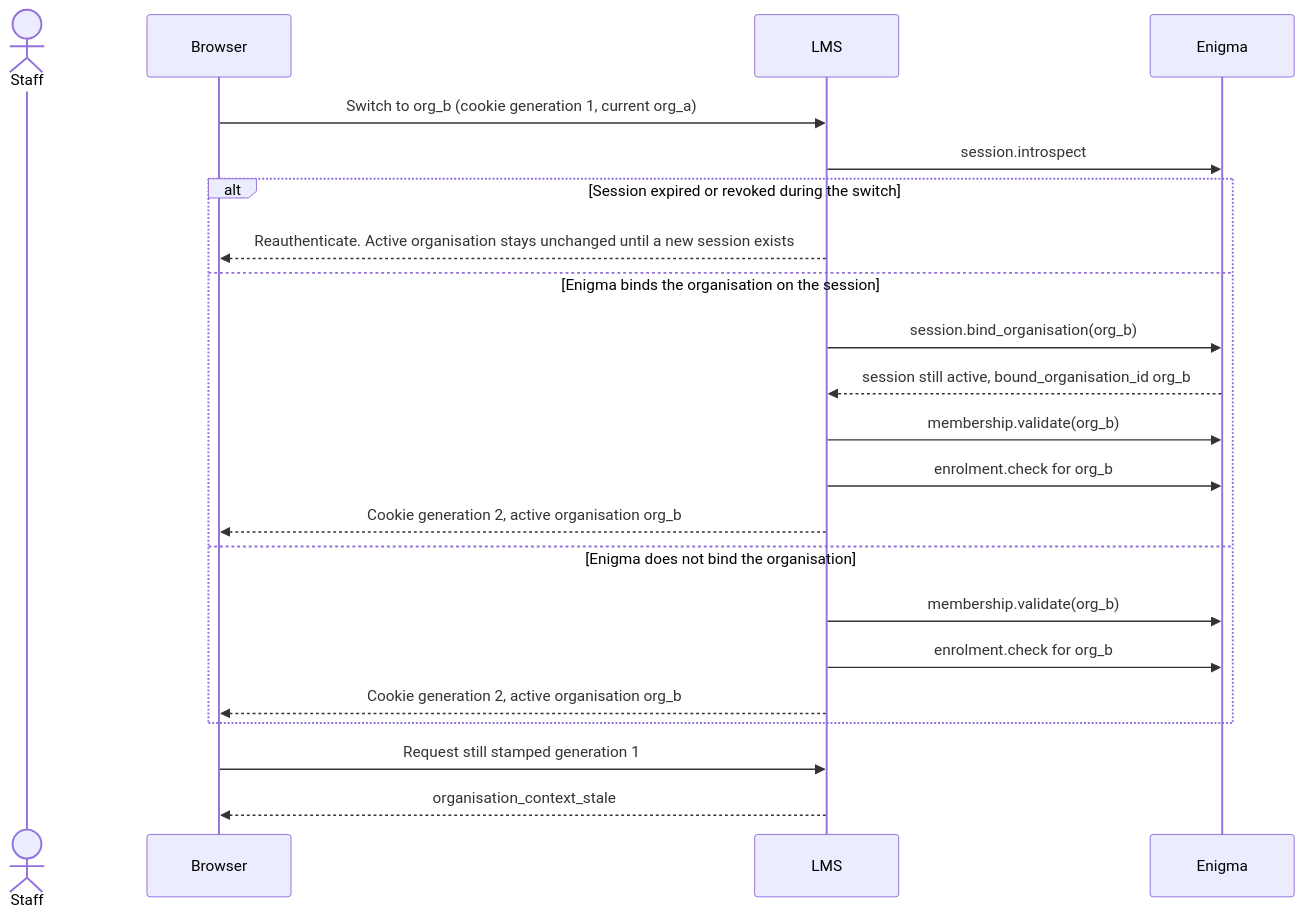
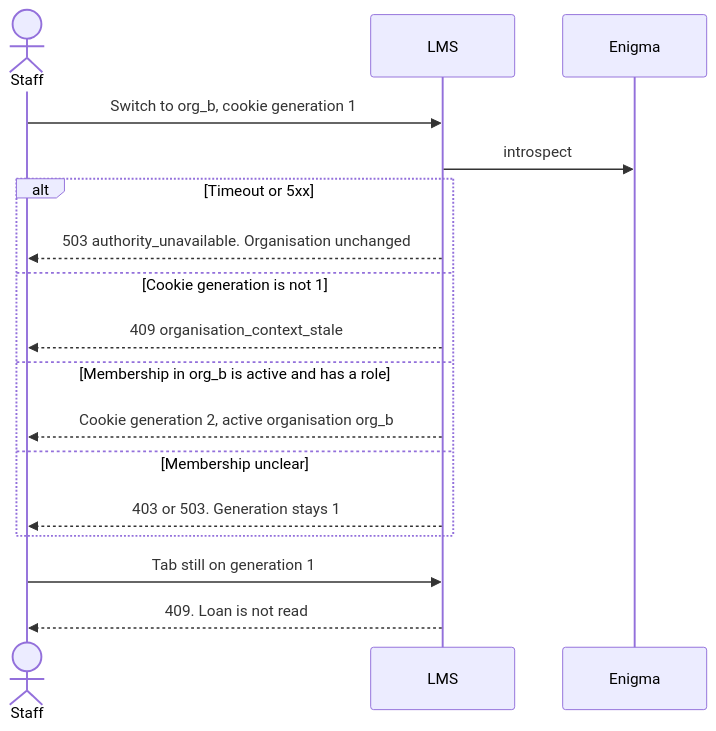
The second of 3 diagrams in docs/enigma/lms-enigma-interface.md (eugene-ehlers/LMS), drawn with Mermaid before and after one commit. The commit also changed other lines of this file and 15 other files, not shown here.

First line of the commit message:
Lock the Enigma port decisions and sketch the LMS session edge.

````diff
--- a/docs/enigma/lms-enigma-interface.md
+++ b/docs/enigma/lms-enigma-interface.md
@@ -361,24 +267,19 @@
 ```mermaid
 sequenceDiagram
   actor Staff
-  participant Browser
   participant LMS
   participant Enigma
-  Browser->>LMS: Switch to org_b (cookie generation 1, current org_a)
-  LMS->>Enigma: session.introspect
-  alt Session expired or revoked during the switch
-    LMS-->>Browser: Reauthenticate. Active organisation stays unchanged until a new session exists
-  else Enigma binds the organisation on the session
-    LMS->>Enigma: session.bind_organisation(org_b)
-    Enigma-->>LMS: session still active, bound_organisation_id org_b
-    LMS->>Enigma: membership.validate(org_b)
-    LMS->>Enigma: enrolment.check for org_b
-    LMS-->>Browser: Cookie generation 2, active organisation org_b
-  else Enigma does not bind the organisation
-    LMS->>Enigma: membership.validate(org_b)
-    LMS->>Enigma: enrolment.check for org_b
-    LMS-->>Browser: Cookie generation 2, active organisation org_b
+  Staff->>LMS: Switch to org_b, cookie generation 1
+  LMS->>Enigma: introspect
+  alt Timeout or 5xx
+    LMS-->>Staff: 503 authority_unavailable. Organisation unchanged
+  else Cookie generation is not 1
+    LMS-->>Staff: 409 organisation_context_stale
+  else Membership in org_b is active and has a role
+    LMS-->>Staff: Cookie generation 2, active organisation org_b
+  else Membership unclear
+    LMS-->>Staff: 403 or 503. Generation stays 1
   end
-  Browser->>LMS: Request still stamped generation 1
-  LMS-->>Browser: organisation_context_stale
+  Staff->>LMS: Tab still on generation 1
+  LMS-->>Staff: 409. Loan is not read
 ```
````
